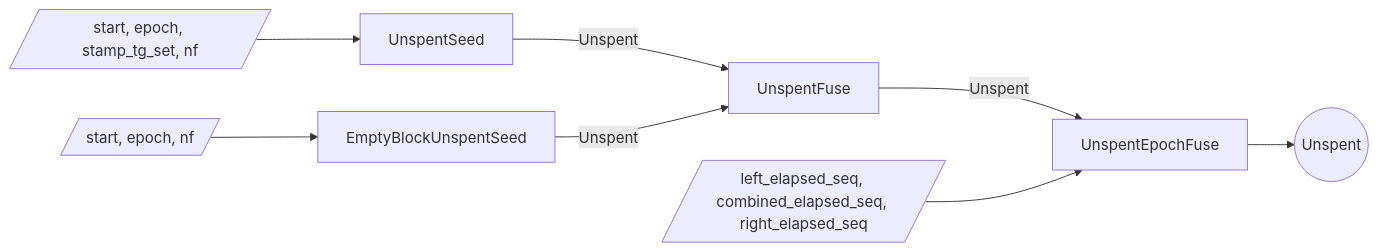
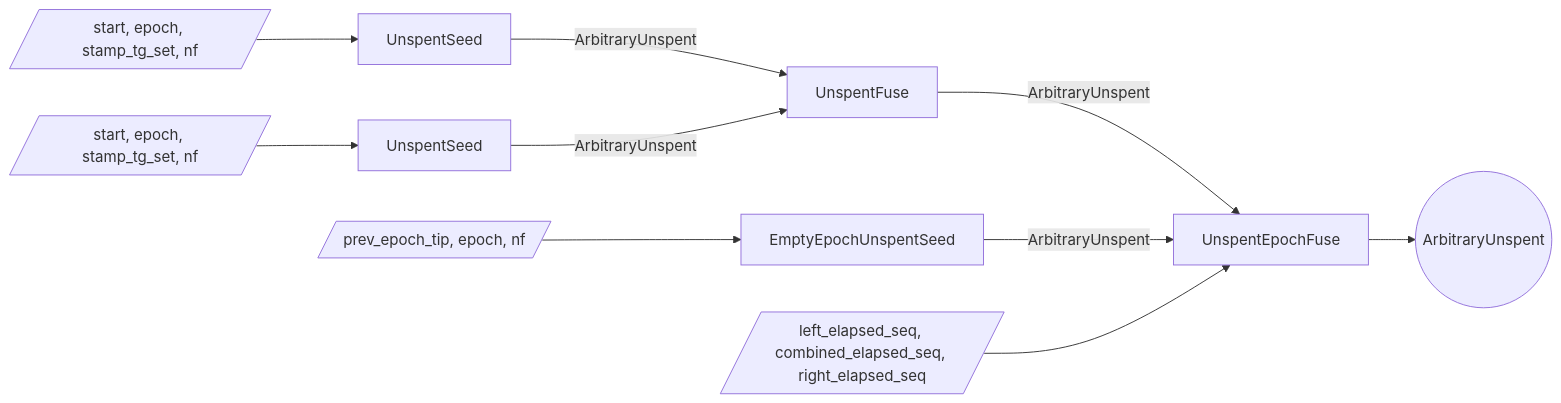
One commit to tachyon-zcash/tachyon changed the third of 3 diagrams in book/src/proof-tree.md. Above: the diagram before and after it, drawn with Mermaid. The commit also changed other lines of this file and 11 other files, not shown here.

First line of the commit message:
refactor: tick the anchor per stamp, not per block

````diff
--- a/book/src/proof-tree.md
+++ b/book/src/proof-tree.md
@@ -312,19 +331,23 @@
 ```mermaid
 flowchart LR
   w_seed[/start, epoch, stamp_tg_set, nf/]
   s_useed[UnspentSeed]
-  w_empty[/start, epoch, nf/]
-  s_uempty[EmptyBlockUnspentSeed]
+  w_next[/start, epoch, stamp_tg_set, nf/]
+  s_unext[UnspentSeed]
   s_ufuse[UnspentFuse]
+  w_eseed[/prev_epoch_tip, epoch, nf/]
+  s_eseed[EmptyEpochUnspentSeed]
   w_efuse[/left_elapsed_seq, combined_elapsed_seq, right_elapsed_seq/]
   s_efuse[UnspentEpochFuse]
-  unspent_out((Unspent))
+  unspent_out((ArbitraryUnspent))
 
   w_seed --> s_useed
-  w_empty --> s_uempty
-  s_useed -->|Unspent| s_ufuse
-  s_uempty -->|Unspent| s_ufuse
-  s_ufuse -->|Unspent| s_efuse
+  w_next --> s_unext
+  w_eseed --> s_eseed
+  s_useed -->|ArbitraryUnspent| s_ufuse
+  s_unext -->|ArbitraryUnspent| s_ufuse
+  s_ufuse -->|ArbitraryUnspent| s_efuse
+  s_eseed -->|ArbitraryUnspent| s_efuse
   w_efuse --> s_efuse
   s_efuse --> unspent_out
 ```
````
